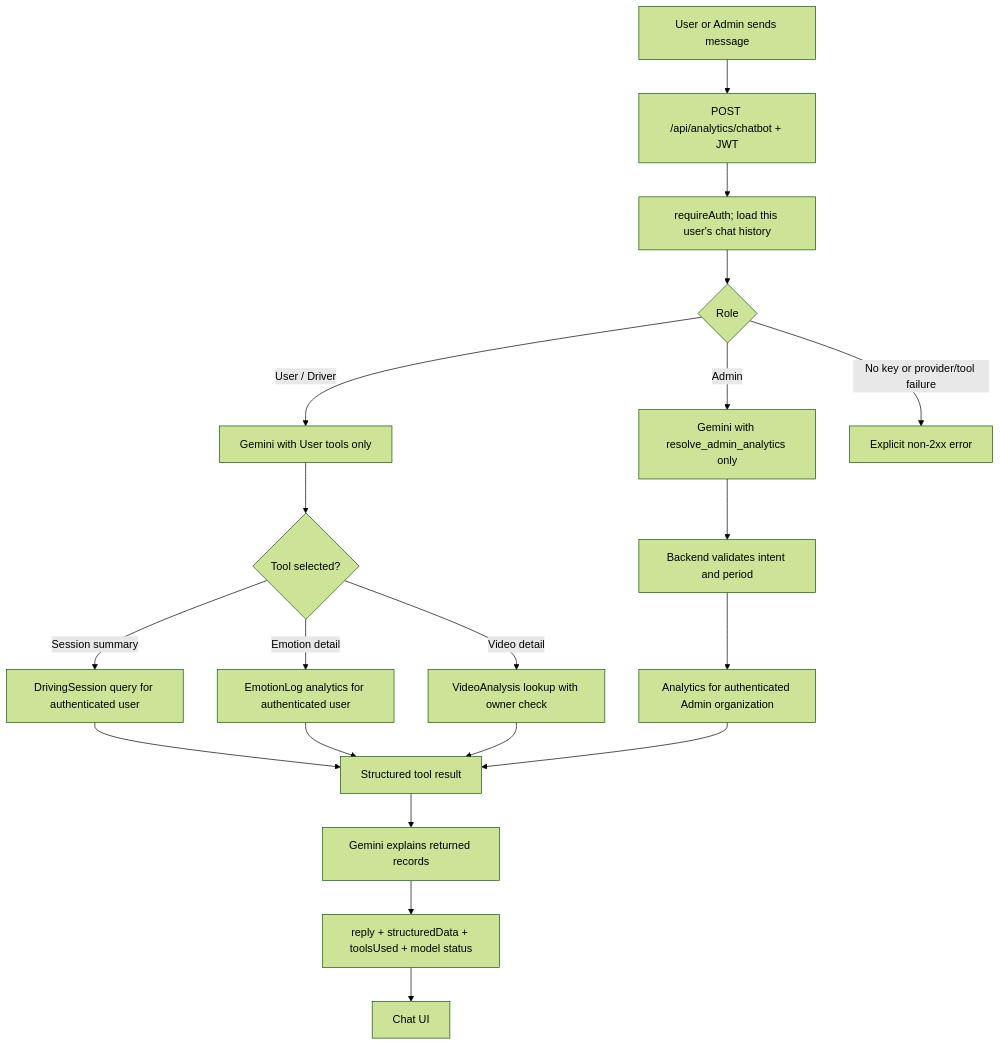
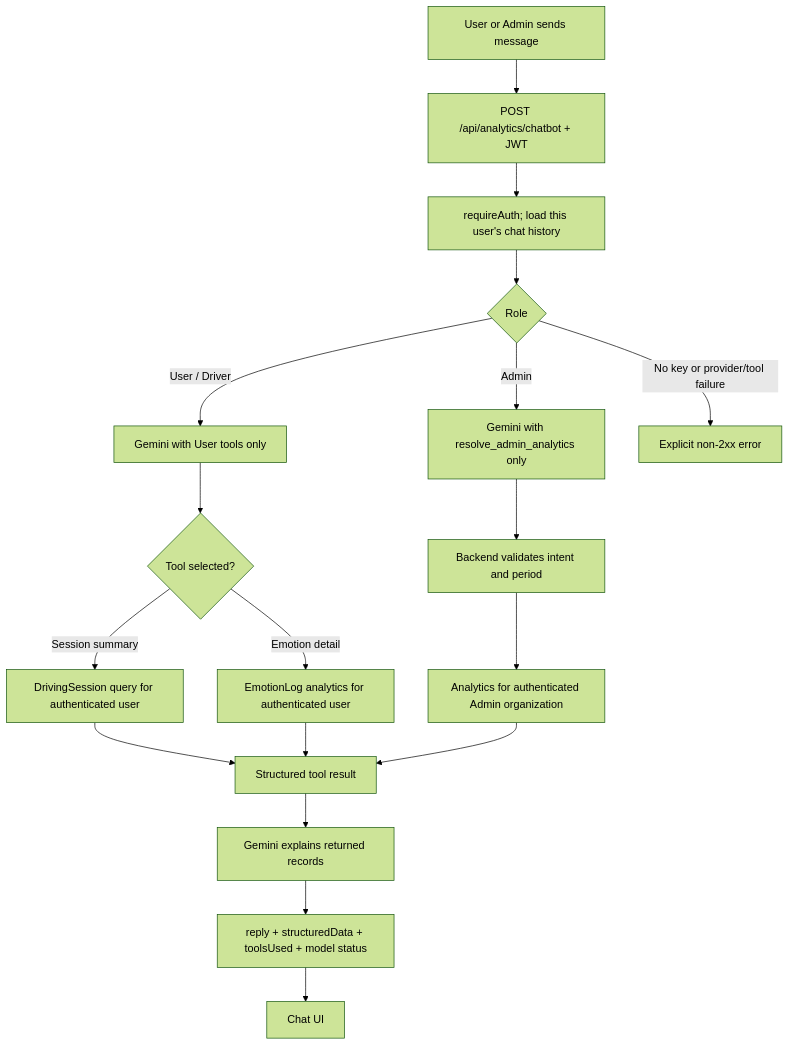
Before and after one commit to Naquadah125/FleetGuard: the diagram in docs/superpowers/guide/ai-chatbot-flows.md, drawn with Mermaid (forest theme). The commit also changed other lines of this file and 46 other files, not shown here.

````diff
--- a/docs/superpowers/guide/ai-chatbot-flows.md
+++ b/docs/superpowers/guide/ai-chatbot-flows.md
@@ -9,22 +9,20 @@
 ```mermaid
 flowchart TD
     U[User or Admin sends message] --> A[POST /api/analytics/chatbot + JWT]
     A --> B[requireAuth; load this user's chat history]
     B --> C{Role}
     C -->|User / Driver| D[Gemini with User tools only]
     C -->|Admin| E[Gemini with resolve_admin_analytics only]
     D --> F{Tool selected?}
     F -->|Session summary| G[DrivingSession query for authenticated user]
     F -->|Emotion detail| H[EmotionLog analytics for authenticated user]
-    F -->|Video detail| I[VideoAnalysis lookup with owner check]
     E --> J[Backend validates intent and period]
     J --> K[Analytics for authenticated Admin organization]
     G --> L[Structured tool result]
     H --> L
-    I --> L
     K --> L
     L --> M[Gemini explains returned records]
     M --> N[reply + structuredData + toolsUsed + model status]
     N --> O[Chat UI]
     C -->|No key or provider/tool failure| P[Explicit non-2xx error]
 ```
````
